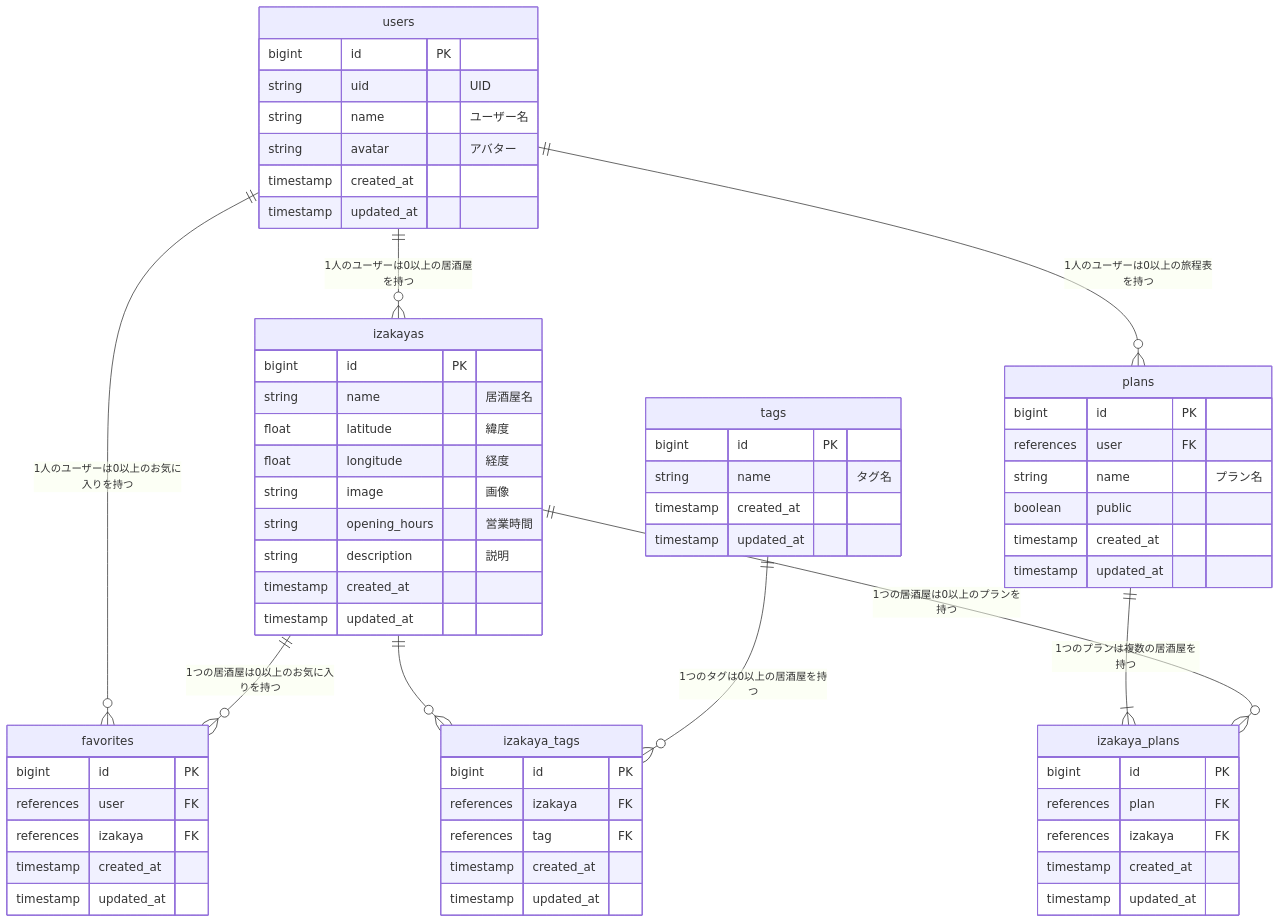
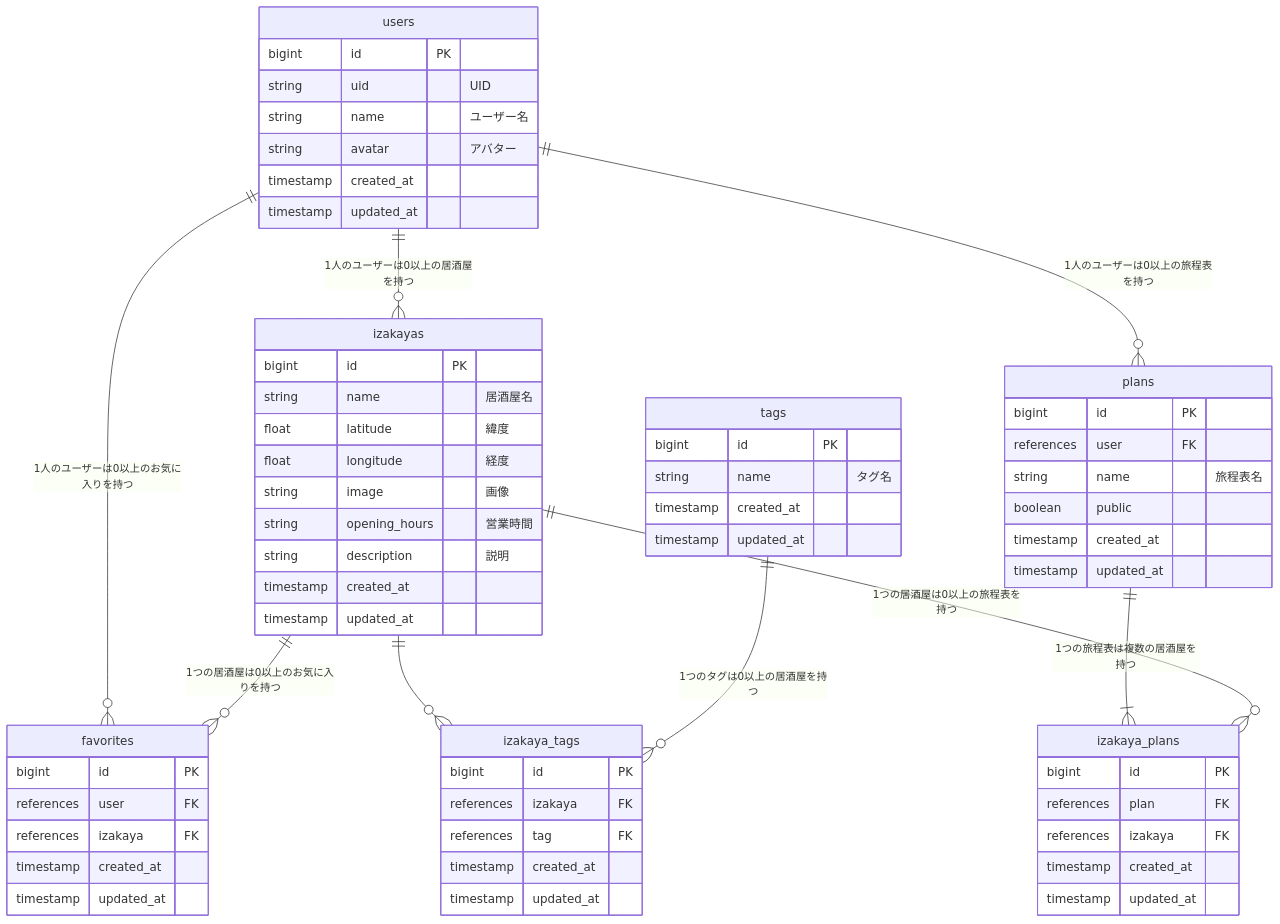
The diagram in README.md (nao-enpg/Nishinari_Izakaya_Crawl), drawn with Mermaid before and after one commit.

Commit message:
ER図カラム名修正

````diff
--- a/README.md
+++ b/README.md
@@ -86,72 +86,72 @@
 ```mermaid
 erDiagram
   users ||--o{ izakayas : "1人のユーザーは0以上の居酒屋を持つ"
   users ||--o{ favorites : "1人のユーザーは0以上のお気に入りを持つ"
   users ||--o{ plans : "1人のユーザーは0以上の旅程表を持つ"
   izakayas ||--o{ favorites : "1つの居酒屋は0以上のお気に入りを持つ"
   izakayas ||--o{ izakaya_tags : ""
   tags ||--o{ izakaya_tags : "1つのタグは0以上の居酒屋を持つ"
-  plans ||--|{ izakaya_plans : "1つのプランは複数の居酒屋を持つ"
-  izakayas ||--o{ izakaya_plans : "1つの居酒屋は0以上のプランを持つ"
+  plans ||--|{ izakaya_plans : "1つの旅程表は複数の居酒屋を持つ"
+  izakayas ||--o{ izakaya_plans : "1つの居酒屋は0以上の旅程表を持つ"
 
   users {
     bigint id PK
     string uid "UID"
     string name "ユーザー名"
     string avatar "アバター"
     timestamp created_at
     timestamp updated_at
   }
 
   izakayas {
     bigint id PK
     string name "居酒屋名"
     float latitude "緯度"
     float longitude "経度"
     string image "画像"
     string opening_hours "営業時間"
     string description "説明"
     timestamp created_at
     timestamp updated_at
   }
 
   tags {
     bigint id PK
     string name "タグ名"
     timestamp created_at
     timestamp updated_at
   }
 
   favorites {
     bigint id PK
     references user FK
     references izakaya FK
     timestamp created_at
     timestamp updated_at
   }
 
   plans {
     bigint id PK
     references user FK
-    string name "プラン名"
+    string name "旅程表名"
     boolean public
     timestamp created_at
     timestamp updated_at
   }
 
   izakaya_tags {
     bigint id PK
     references izakaya FK
     references tag FK
     timestamp created_at
     timestamp updated_at
   }
 
   izakaya_plans {
     bigint id PK
     references plan FK
     references izakaya FK
     timestamp created_at
     timestamp updated_at
   }
 ```
````
